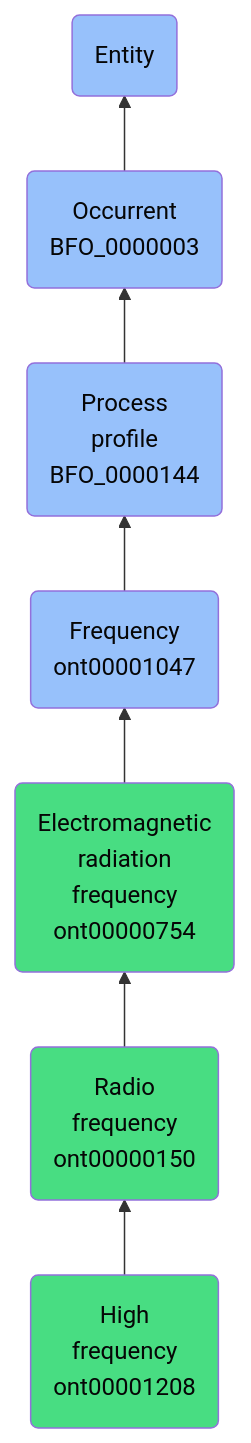
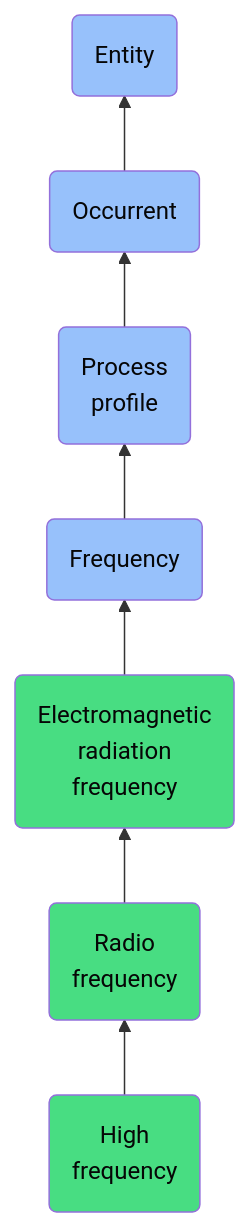
Before and after one commit to jupyter-naas/abi: the diagram in docs/ontology/reference/model/Entity/Occurrent/Process profile/Frequency/Electromagnetic radiation frequency/Radio frequency/High frequency/High frequency.md, drawn with Mermaid. The commit also changed other lines of this file and 1430 other files, not shown here.

````diff
--- a/docs/ontology/reference/model/Entity/Occurrent/Process profile/Frequency/Electromagnetic radiation frequency/Radio frequency/High frequency/High frequency.md
+++ b/docs/ontology/reference/model/Entity/Occurrent/Process profile/Frequency/Electromagnetic radiation frequency/Radio frequency/High frequency/High frequency.md
@@ -24,14 +24,14 @@
 ```mermaid
 graph BT
-    ont00001208(High<br>frequency<br>ont00001208):::ABI-->ont00000150
-    ont00000150(Radio<br>frequency<br>ont00000150):::ABI-->ont00000754
-    ont00000754(Electromagnetic<br>radiation<br>frequency<br>ont00000754):::ABI-->ont00001047
-    ont00001047(Frequency<br>ont00001047):::BFO-->BFO_0000144
-    BFO_0000144(Process<br>profile<br>BFO_0000144):::BFO-->BFO_0000003
-    BFO_0000003(Occurrent<br>BFO_0000003):::BFO-->BFO_0000001
+    ont00001208(High<br>frequency):::ABI-->ont00000150
+    ont00000150(Radio<br>frequency):::ABI-->ont00000754
+    ont00000754(Electromagnetic<br>radiation<br>frequency):::ABI-->ont00001047
+    ont00001047(Frequency):::BFO-->BFO_0000144
+    BFO_0000144(Process<br>profile):::BFO-->BFO_0000003
+    BFO_0000003(Occurrent):::BFO-->BFO_0000001
     BFO_0000001(Entity):::BFO
     
     classDef BFO fill:#97c1fb,color:#060606
     classDef CCO fill:#e4c51e,color:#060606
     classDef ABI fill:#48DD82,color:#060606
 ```
````
